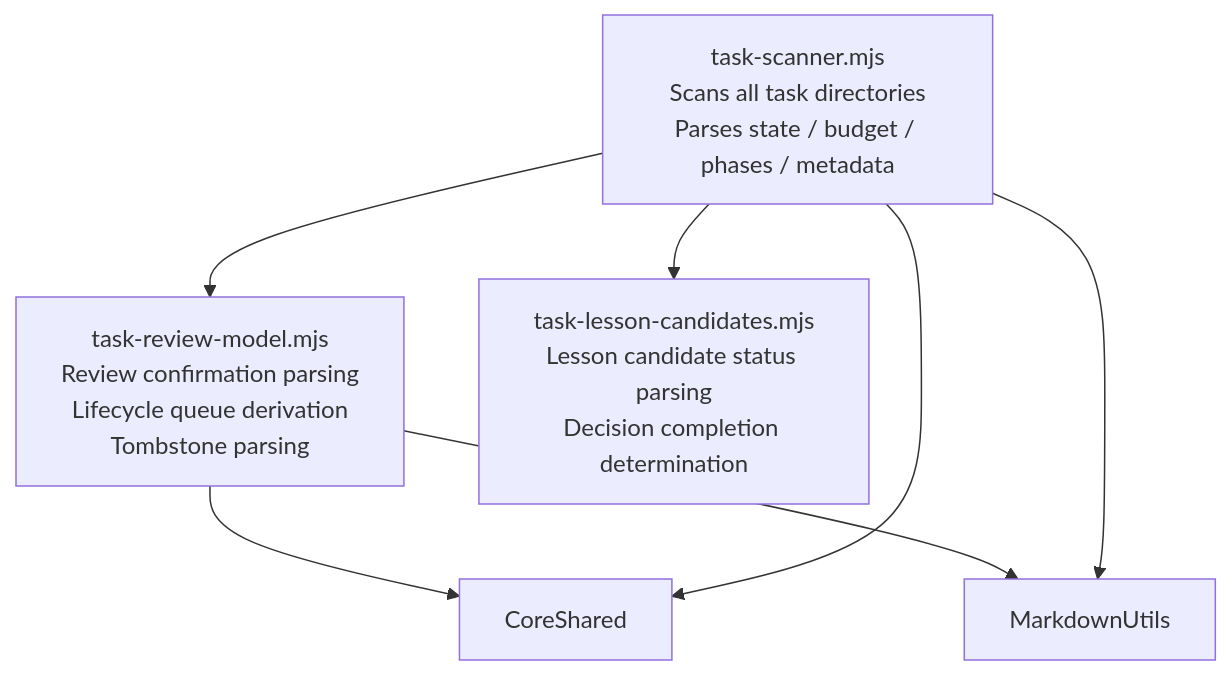
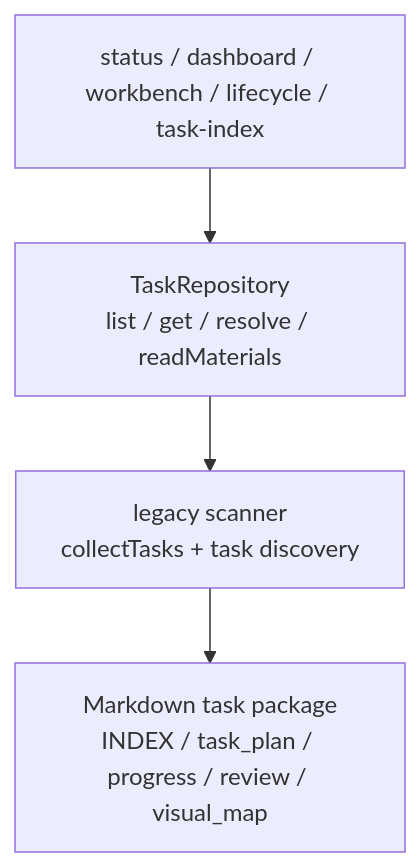
One commit to FairladyZ625/coding-agent-harness changed the fourth of 7 diagrams in docs-release/architecture/system-explainer/en-US/02-module-dependency.md. Above: the diagram before and after it, drawn with Mermaid. The commit also changed other lines of this file and 13 other files, not shown here.

Commit message:
docs: align release architecture docs

````diff
--- a/docs-release/architecture/system-explainer/en-US/02-module-dependency.md
+++ b/docs-release/architecture/system-explainer/en-US/02-module-dependency.md
@@ -95,12 +75,11 @@
 ```mermaid
 flowchart TD
-  TaskScanner["task-scanner.mjs\nScans all task directories\nParses state / budget / phases / metadata"]
+  Consumer["status / dashboard / workbench / lifecycle / task-index"]
+  Repo["TaskRepository\nlist / get / resolve / readMaterials"]
+  Scanner["legacy scanner\ncollectTasks + task discovery"]
+  Files["Markdown task package\nINDEX / task_plan / progress / review / visual_map"]
 
-  TaskScanner --> ReviewModel["task-review-model.mjs\nReview confirmation parsing\nLifecycle queue derivation\nTombstone parsing"]
-  TaskScanner --> LessonCandidates["task-lesson-candidates.mjs\nLesson candidate status parsing\nDecision completion determination"]
-
-  ReviewModel --> CoreShared
-  ReviewModel --> MarkdownUtils
-  TaskScanner --> CoreShared
-  TaskScanner --> MarkdownUtils
+  Consumer --> Repo
+  Repo --> Scanner
+  Scanner --> Files
 ```
````
